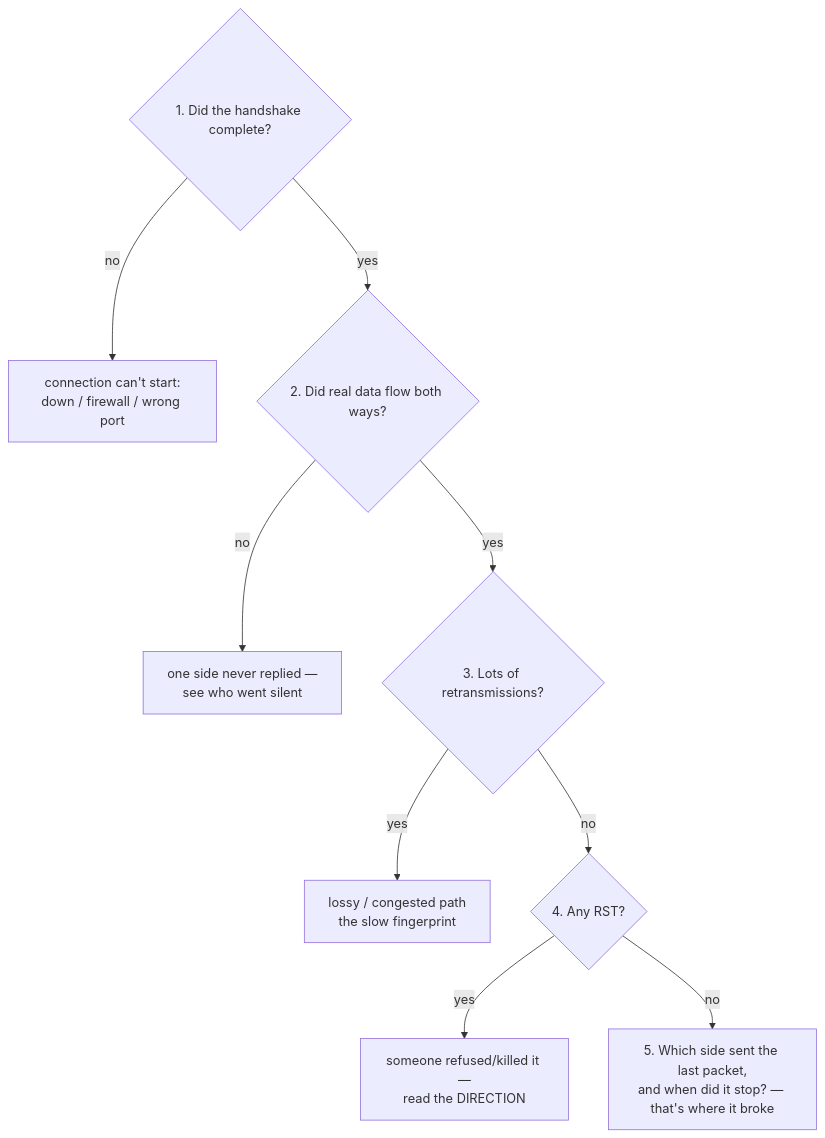
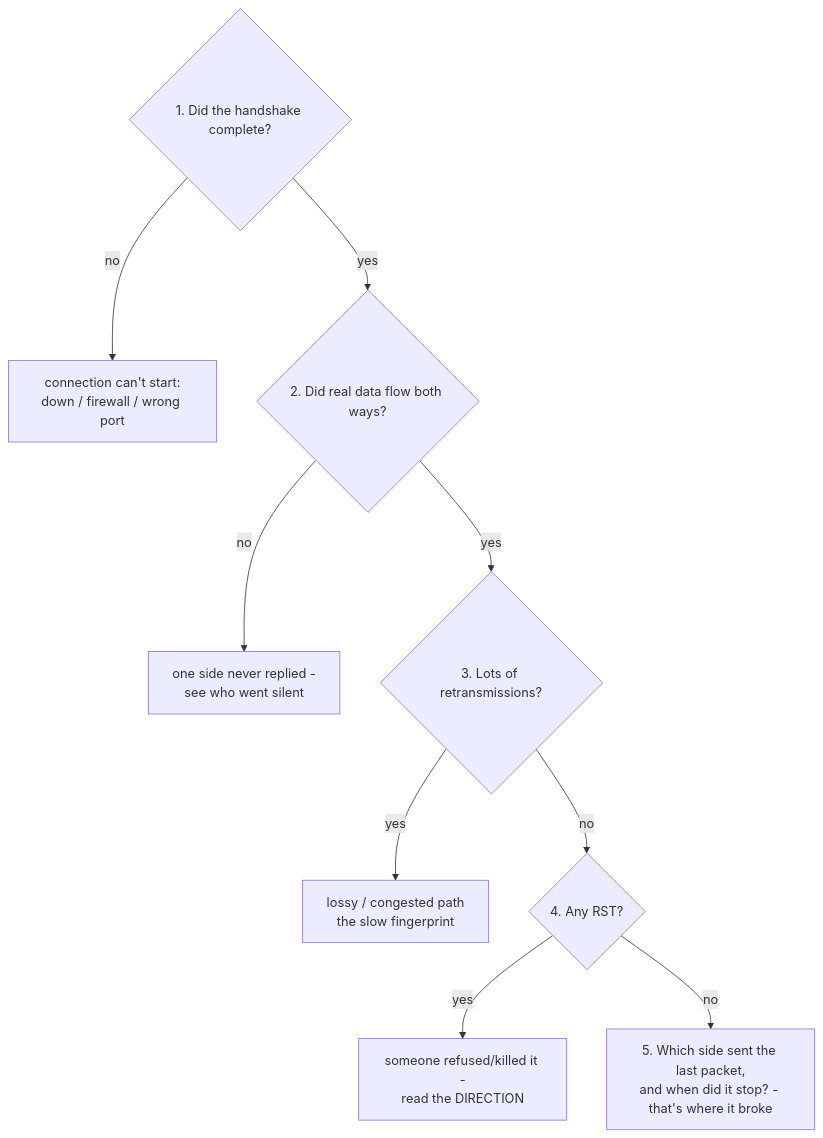
The diagram in guides/networking/troubleshooting-networks/03-reading-a-packet-capture.md (Topurrra/themissingmanual), drawn with Mermaid before and after one commit. The commit also changed other lines of this file and 1072 other files, not shown here.

````diff
--- a/guides/networking/troubleshooting-networks/03-reading-a-packet-capture.md
+++ b/guides/networking/troubleshooting-networks/03-reading-a-packet-capture.md
@@ -96,12 +96,12 @@
 ```mermaid
 flowchart TD
   q1{1. Did the handshake complete?}
   q1 -->|no| a1[connection can't start:<br/>down / firewall / wrong port]
   q1 -->|yes| q2{2. Did real data flow both ways?}
-  q2 -->|no| a2[one side never replied —<br/>see who went silent]
+  q2 -->|no| a2[one side never replied -<br/>see who went silent]
   q2 -->|yes| q3{3. Lots of retransmissions?}
   q3 -->|yes| a3[lossy / congested path<br/>the slow fingerprint]
   q3 -->|no| q4{4. Any RST?}
-  q4 -->|yes| a4[someone refused/killed it —<br/>read the DIRECTION]
-  q4 -->|no| a5[5. Which side sent the last packet,<br/>and when did it stop? — that's where it broke]
+  q4 -->|yes| a4[someone refused/killed it -<br/>read the DIRECTION]
+  q4 -->|no| a5[5. Which side sent the last packet,<br/>and when did it stop? - that's where it broke]
 ```
````
